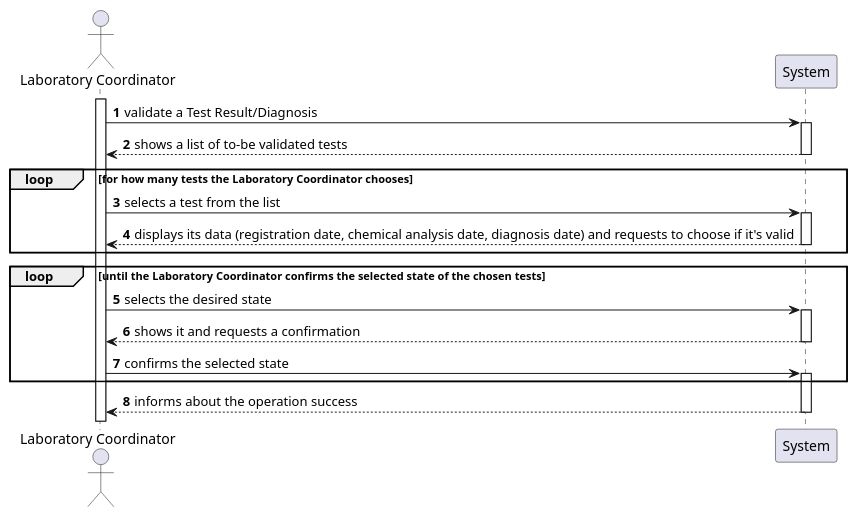
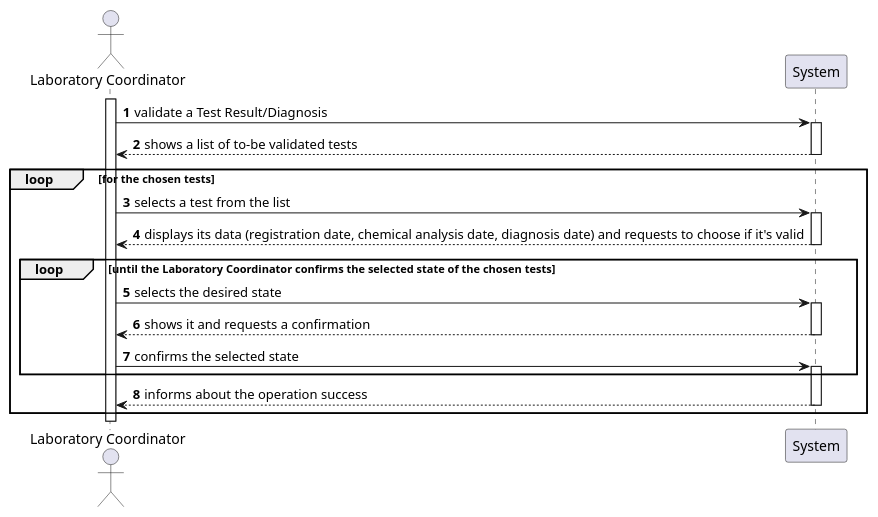
One commit to 0franciscor/lei-21-s2-1de-g19 changed the diagram in docs/SprintC/US15/US15-SSD.puml. Above: the diagram before and after it, drawn with PlantUML. The commit also changed 9 other files, not shown here.

Commit message:
[US14, US15, DM] - Alterações na classe Report, Alterações dos Diagramas e Alterações no modelo de domínio.

```diff
--- a/docs/SprintC/US15/US15-SSD.puml
+++ b/docs/SprintC/US15/US15-SSD.puml
@@ -1,20 +1,20 @@
 @startuml
 autonumber
 
 actor "Laboratory Coordinator" as labC
 activate labC
 
 labC -> System ++: validate a Test Result/Diagnosis
 System --> labC --: shows a list of to-be validated tests
-loop for how many tests the Laboratory Coordinator chooses
+loop for the chosen tests
 labC -> System ++: selects a test from the list
 System -->  labC --: displays its data (registration date, chemical analysis date, diagnosis date) and requests to choose if it's valid
-end
 loop until the Laboratory Coordinator confirms the selected state of the chosen tests
 labC ->  System ++: selects the desired state
 System --> labC --: shows it and requests a confirmation
 labC -> System ++: confirms the selected state
 end
 System --> labC --: informs about the operation success
+end
 
 @enduml
```
